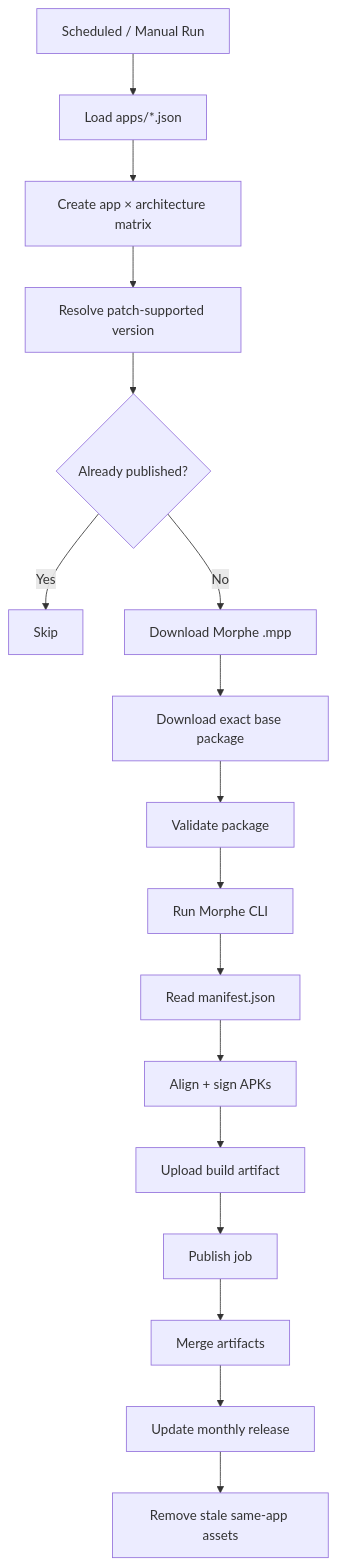
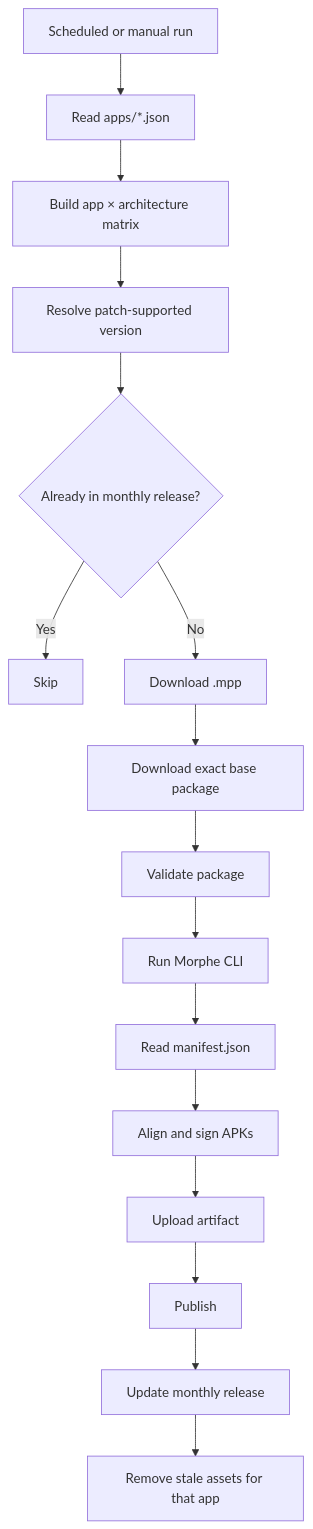
The diagram in README.md (Fahry-a/Farhan-Morphe-Auto-Build), drawn with Mermaid before and after one commit. The commit also changed other lines of this file, not shown here.

````diff
--- a/README.md
+++ b/README.md
@@ -55,19 +36,18 @@
 ```mermaid
 flowchart TD
-    A["Scheduled / Manual Run"] --> B["Load apps/*.json"]
-    B --> C["Create app × architecture matrix"]
+    A["Scheduled or manual run"] --> B["Read apps/*.json"]
+    B --> C["Build app × architecture matrix"]
     C --> D["Resolve patch-supported version"]
-    D --> E{"Already published?"}
+    D --> E{"Already in monthly release?"}
     E -- Yes --> F["Skip"]
-    E -- No --> G["Download Morphe .mpp"]
+    E -- No --> G["Download .mpp"]
     G --> H["Download exact base package"]
     H --> I["Validate package"]
     I --> J["Run Morphe CLI"]
     J --> K["Read manifest.json"]
-    K --> L["Align + sign APKs"]
-    L --> M["Upload build artifact"]
-    M --> N["Publish job"]
-    N --> O["Merge artifacts"]
-    O --> P["Update monthly release"]
-    P --> Q["Remove stale same-app assets"]
+    K --> L["Align and sign APKs"]
+    L --> M["Upload artifact"]
+    M --> N["Publish"]
+    N --> O["Update monthly release"]
+    O --> P["Remove stale assets for that app"]
 ```
````
